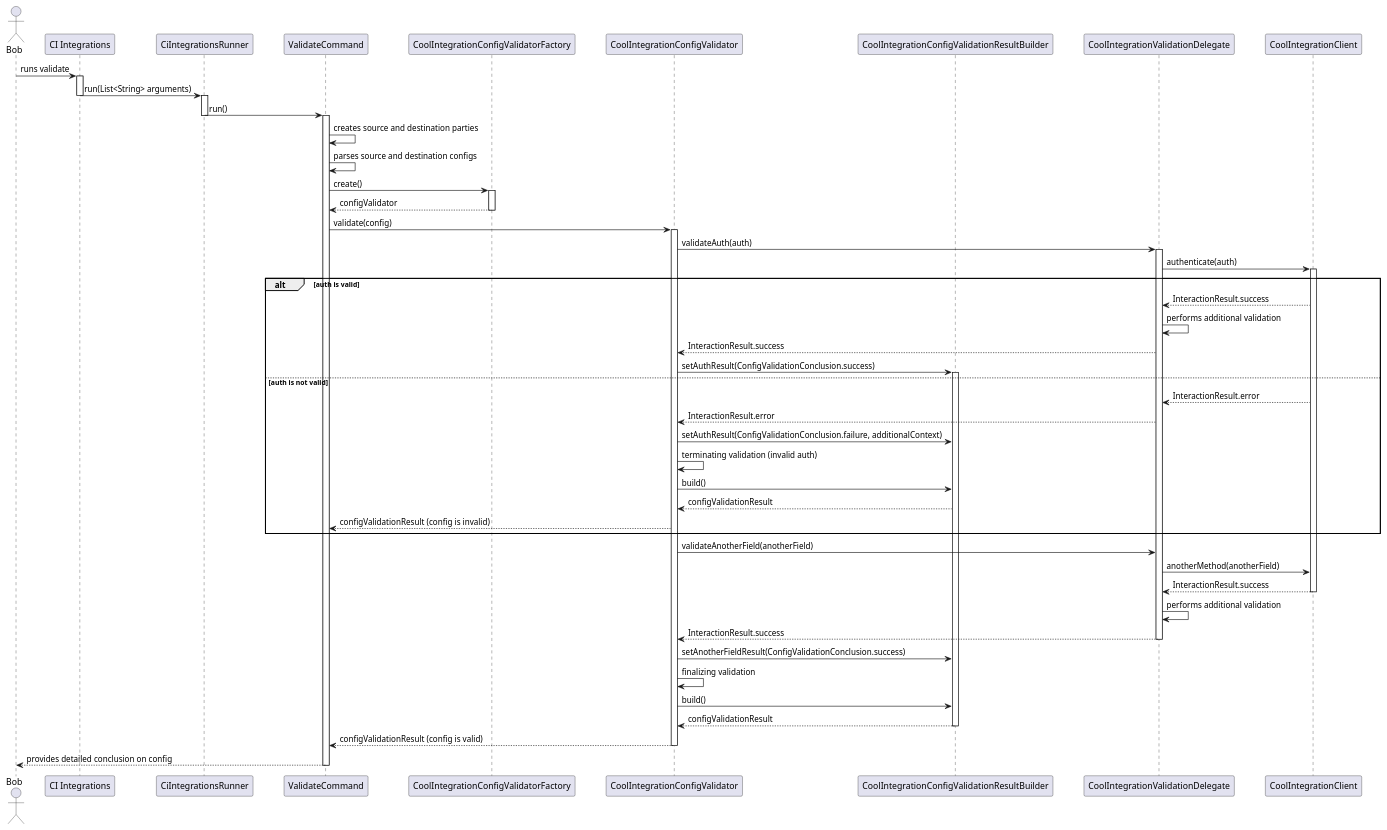
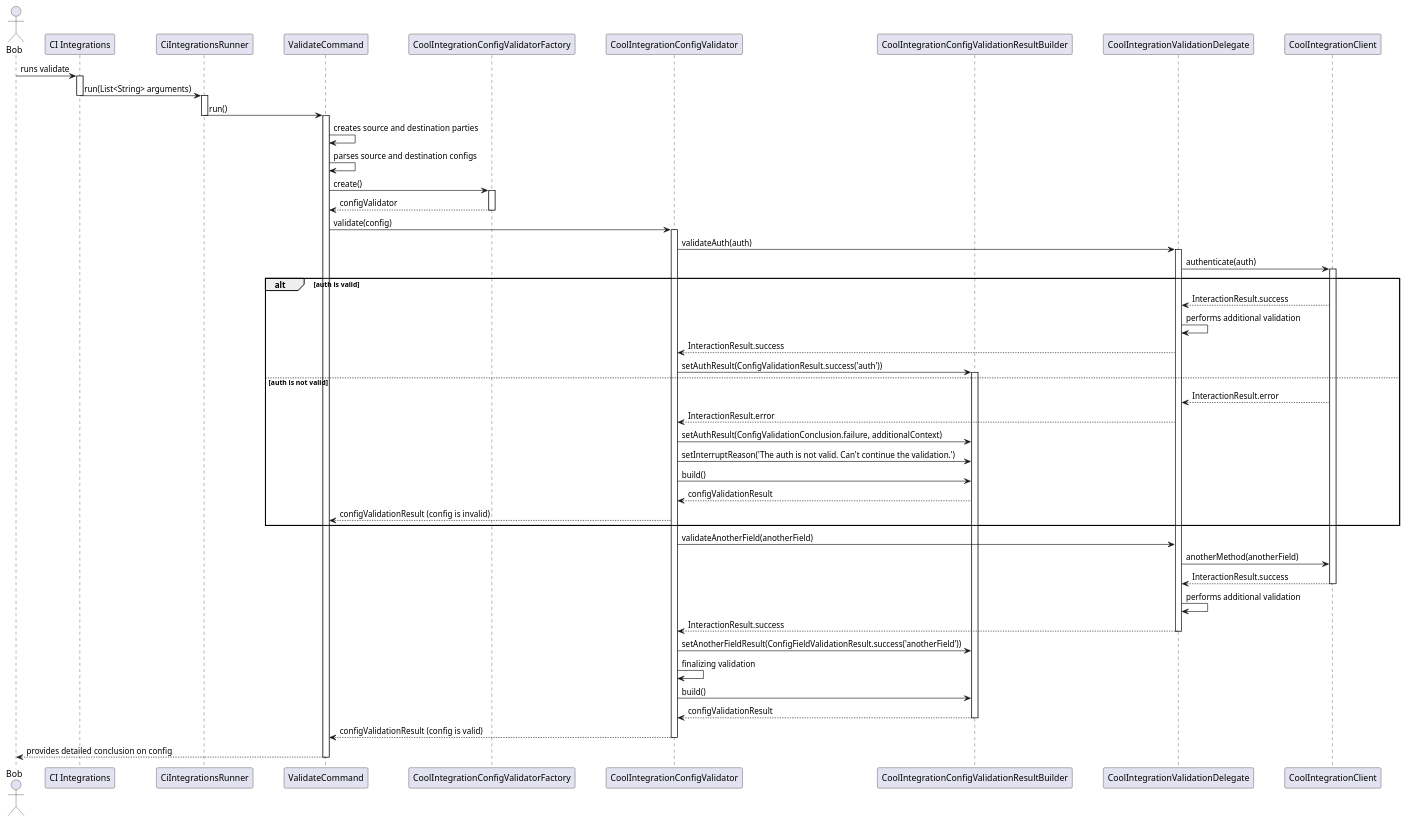
One commit to Flank/flank-dashboard changed the diagram in metrics/ci_integrations/docs/diagrams/ci_integrations_config_validator_sequence_diagram.puml. Above: the diagram before and after it, drawn with PlantUML. The commit also changed 2 other files, not shown here.

```diff
--- a/metrics/ci_integrations/docs/diagrams/ci_integrations_config_validator_sequence_diagram.puml
+++ b/metrics/ci_integrations/docs/diagrams/ci_integrations_config_validator_sequence_diagram.puml
@@ -1,94 +1,94 @@
 @startuml ci_integrations_config_validator_sequence_diagram
 
 skinparam ParticipantPadding 20
 skinparam BoxPadding 10
 
 actor Bob
 
 participant "CI Integrations"
 participant CiIntegrationsRunner
 participant ValidateCommand
 participant CoolIntegrationConfigValidatorFactory
 participant CoolIntegrationConfigValidator
 participant CoolIntegrationConfigValidationResultBuilder
 participant CoolIntegrationValidationDelegate
 participant CoolIntegrationClient
 
 Bob -> "CI Integrations" : runs validate
 activate "CI Integrations"
 
 "CI Integrations" -> CiIntegrationsRunner: run(List<String> arguments)
 deactivate "CI Integrations"
 activate CiIntegrationsRunner
 
 CiIntegrationsRunner -> ValidateCommand: run()
 deactivate CiIntegrationsRunner
 activate ValidateCommand
 
 ValidateCommand -> ValidateCommand : creates source and destination parties
 ValidateCommand -> ValidateCommand : parses source and destination configs
 
 ValidateCommand -> CoolIntegrationConfigValidatorFactory : create()
 activate CoolIntegrationConfigValidatorFactory
 
 CoolIntegrationConfigValidatorFactory --> ValidateCommand : configValidator
 deactivate CoolIntegrationConfigValidatorFactory
 
 ValidateCommand -> CoolIntegrationConfigValidator : validate(config)
 activate CoolIntegrationConfigValidator
 
 CoolIntegrationConfigValidator -> CoolIntegrationValidationDelegate : validateAuth(auth)
 activate CoolIntegrationValidationDelegate
 
 CoolIntegrationValidationDelegate -> CoolIntegrationClient : authenticate(auth)
 activate  CoolIntegrationClient
 
 alt auth is valid
 
     CoolIntegrationClient --> CoolIntegrationValidationDelegate : InteractionResult.success
     CoolIntegrationValidationDelegate -> CoolIntegrationValidationDelegate : performs additional validation
     CoolIntegrationValidationDelegate --> CoolIntegrationConfigValidator : InteractionResult.success
-    CoolIntegrationConfigValidator -> CoolIntegrationConfigValidationResultBuilder : setAuthResult(ConfigValidationConclusion.success)
+    CoolIntegrationConfigValidator -> CoolIntegrationConfigValidationResultBuilder : setAuthResult(ConfigValidationResult.success('auth'))
     activate CoolIntegrationConfigValidationResultBuilder
 
 
 else auth is not valid
 
     CoolIntegrationClient --> CoolIntegrationValidationDelegate : InteractionResult.error
     CoolIntegrationValidationDelegate --> CoolIntegrationConfigValidator : InteractionResult.error
     CoolIntegrationConfigValidator -> CoolIntegrationConfigValidationResultBuilder : setAuthResult(ConfigValidationConclusion.failure, additionalContext)
-    CoolIntegrationConfigValidator -> CoolIntegrationConfigValidator : terminating validation (invalid auth)
+    CoolIntegrationConfigValidator -> CoolIntegrationConfigValidationResultBuilder : setInterruptReason('The auth is not valid. Can't continue the validation.')
     CoolIntegrationConfigValidator -> CoolIntegrationConfigValidationResultBuilder : build()
     CoolIntegrationConfigValidationResultBuilder --> CoolIntegrationConfigValidator : configValidationResult
 
     CoolIntegrationConfigValidator --> ValidateCommand : configValidationResult (config is invalid)
 
 end
 
 
 CoolIntegrationConfigValidator -> CoolIntegrationValidationDelegate : validateAnotherField(anotherField)
 CoolIntegrationValidationDelegate -> CoolIntegrationClient : anotherMethod(anotherField)
 
 CoolIntegrationClient --> CoolIntegrationValidationDelegate : InteractionResult.success
 deactivate CoolIntegrationClient
 
 CoolIntegrationValidationDelegate -> CoolIntegrationValidationDelegate : performs additional validation
 CoolIntegrationValidationDelegate --> CoolIntegrationConfigValidator : InteractionResult.success
 deactivate CoolIntegrationValidationDelegate
 
-CoolIntegrationConfigValidator -> CoolIntegrationConfigValidationResultBuilder : setAnotherFieldResult(ConfigValidationConclusion.success)
+CoolIntegrationConfigValidator -> CoolIntegrationConfigValidationResultBuilder : setAnotherFieldResult(ConfigFieldValidationResult.success('anotherField'))
 CoolIntegrationConfigValidator -> CoolIntegrationConfigValidator : finalizing validation
 CoolIntegrationConfigValidator -> CoolIntegrationConfigValidationResultBuilder : build()
 CoolIntegrationConfigValidationResultBuilder --> CoolIntegrationConfigValidator : configValidationResult
 
 deactivate CoolIntegrationConfigValidationResultBuilder
 
 CoolIntegrationConfigValidator --> ValidateCommand : configValidationResult (config is valid)
 
 deactivate CoolIntegrationConfigValidator
 
 ValidateCommand --> Bob : provides detailed conclusion on config
 
 deactivate ValidateCommand
 
 @enduml
```
